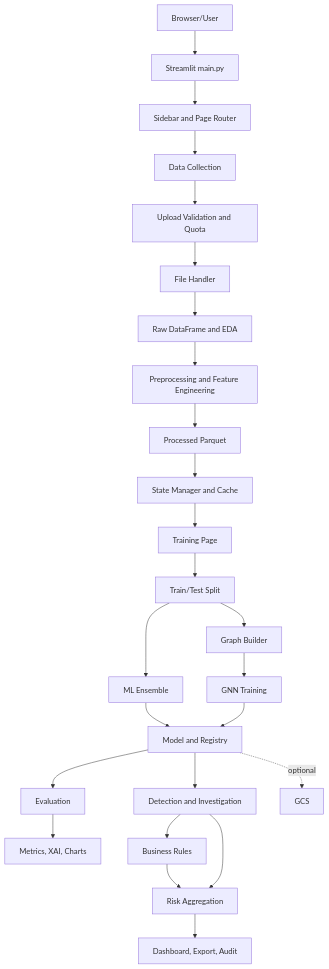
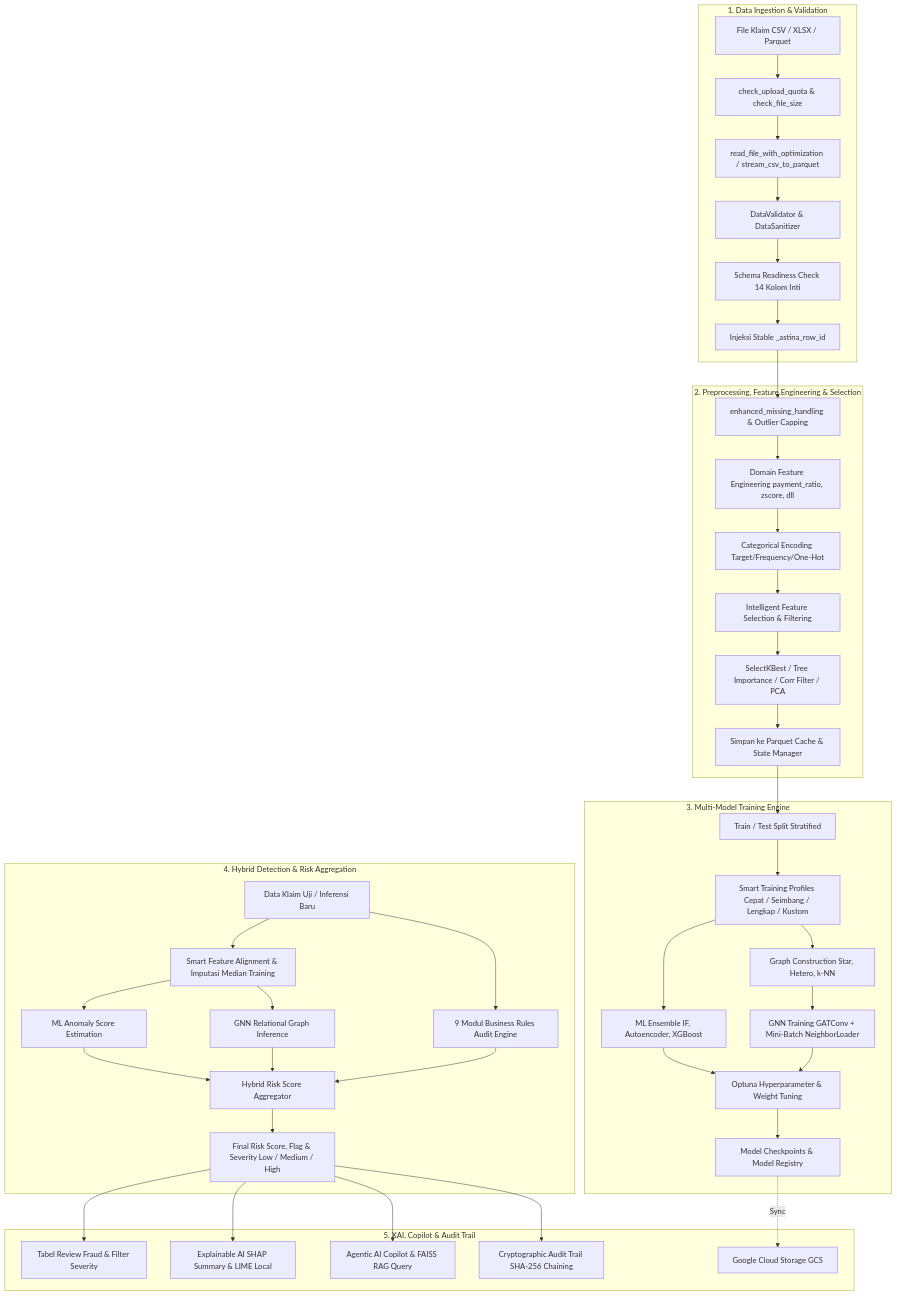
One commit to RadenAaKoesoemaWijaya/project-Graphnet changed the diagram in ALUR KERJA ASTINA.md. Above: the diagram before and after it, drawn with Mermaid. The commit also changed other lines of this file and 1 other file, not shown here.

Commit message:
modified:   ALUR KERJA ASTINA.md 	modified:   README.md

````diff
--- a/ALUR KERJA ASTINA.md
+++ b/ALUR KERJA ASTINA.md
@@ -19,27 +25,49 @@
 ```mermaid
 flowchart TD
-    A[Browser/User] --> B[Streamlit main.py]
-    B --> C[Sidebar and Page Router]
-    C --> D[Data Collection]
-    D --> E[Upload Validation and Quota]
-    E --> F[File Handler]
-    F --> G[Raw DataFrame and EDA]
-    G --> H[Preprocessing and Feature Engineering]
-    H --> I[Processed Parquet]
-    I --> J[State Manager and Cache]
-    J --> K[Training Page]
-    K --> L[Train/Test Split]
-    L --> M[ML Ensemble]
-    L --> N[Graph Builder]
-    N --> O[GNN Training]
-    M --> P[Model and Registry]
-    O --> P
-    P --> Q[Evaluation]
-    P --> R[Detection and Investigation]
-    R --> S[Business Rules]
-    R --> T[Risk Aggregation]
-    Q --> U[Metrics, XAI, Charts]
-    S --> T
-    T --> V[Dashboard, Export, Audit]
-    P -. optional .-> W[GCS]
+    subgraph INGESTION["1. Data Ingestion & Validation"]
+        A[File Klaim CSV / XLSX / Parquet] --> B[check_upload_quota & check_file_size]
+        B --> C[read_file_with_optimization / stream_csv_to_parquet]
+        C --> D[DataValidator & DataSanitizer]
+        D --> E[Schema Readiness Check 14 Kolom Inti]
+        E --> F[Injeksi Stable _astina_row_id]
+    end
+
+    subgraph PREPROCESSING["2. Preprocessing, Feature Engineering & Selection"]
+        F --> G[enhanced_missing_handling & Outlier Capping]
+        G --> H[Domain Feature Engineering payment_ratio, zscore, dll]
+        H --> I[Categorical Encoding Target/Frequency/One-Hot]
+        I --> J[Intelligent Feature Selection & Filtering]
+        J --> K[SelectKBest / Tree Importance / Corr Filter / PCA]
+        K --> L[Simpan ke Parquet Cache & State Manager]
+    end
+
+    subgraph TRAINING["3. Multi-Model Training Engine"]
+        L --> M[Train / Test Split Stratified]
+        M --> N[Smart Training Profiles Cepat / Seimbang / Lengkap / Kustom]
+        N --> O[ML Ensemble IF, Autoencoder, XGBoost]
+        N --> P[Graph Construction Star, Hetero, k-NN]
+        P --> Q[GNN Training GATConv + Mini-Batch NeighborLoader]
+        O --> R[Optuna Hyperparameter & Weight Tuning]
+        Q --> R
+        R --> S[Model Checkpoints & Model Registry]
+    end
+
+    subgraph INFERENCE["4. Hybrid Detection & Risk Aggregation"]
+        T[Data Klaim Uji / Inferensi Baru] --> U[Smart Feature Alignment & Imputasi Median Training]
+        U --> V[ML Anomaly Score Estimation]
+        U --> W[GNN Relational Graph Inference]
+        T --> X[9 Modul Business Rules Audit Engine]
+        V --> Y[Hybrid Risk Score Aggregator]
+        W --> Y
+        X --> Y
+        Y --> Z[Final Risk Score, Flag & Severity Low / Medium / High]
+    end
+
+    subgraph INVESTIGATION["5. XAI, Copilot & Audit Trail"]
+        Z --> AA[Tabel Review Fraud & Filter Severity]
+        Z --> AB[Explainable AI SHAP Summary & LIME Local]
+        Z --> AC[Agentic AI Copilot & FAISS RAG Query]
+        Z --> AD[Cryptographic Audit Trail SHA-256 Chaining]
+        S -. Sync .-> AE[Google Cloud Storage GCS]
+    end
 ```
````
